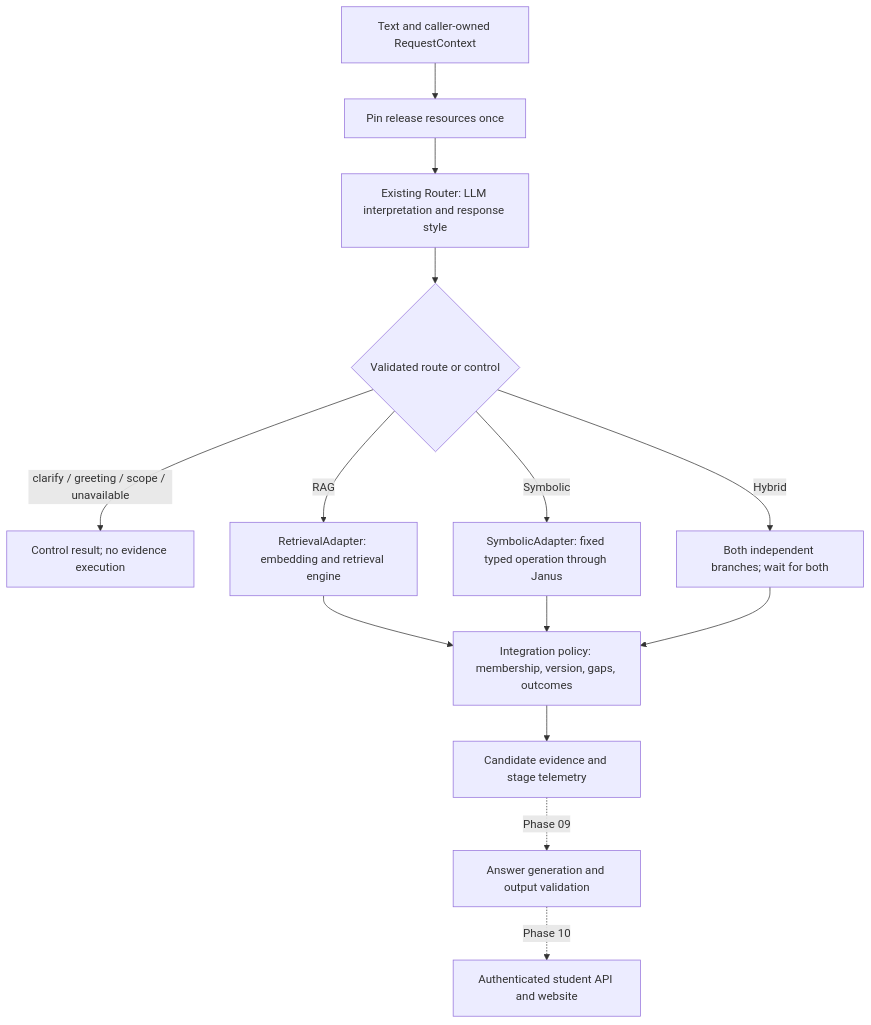
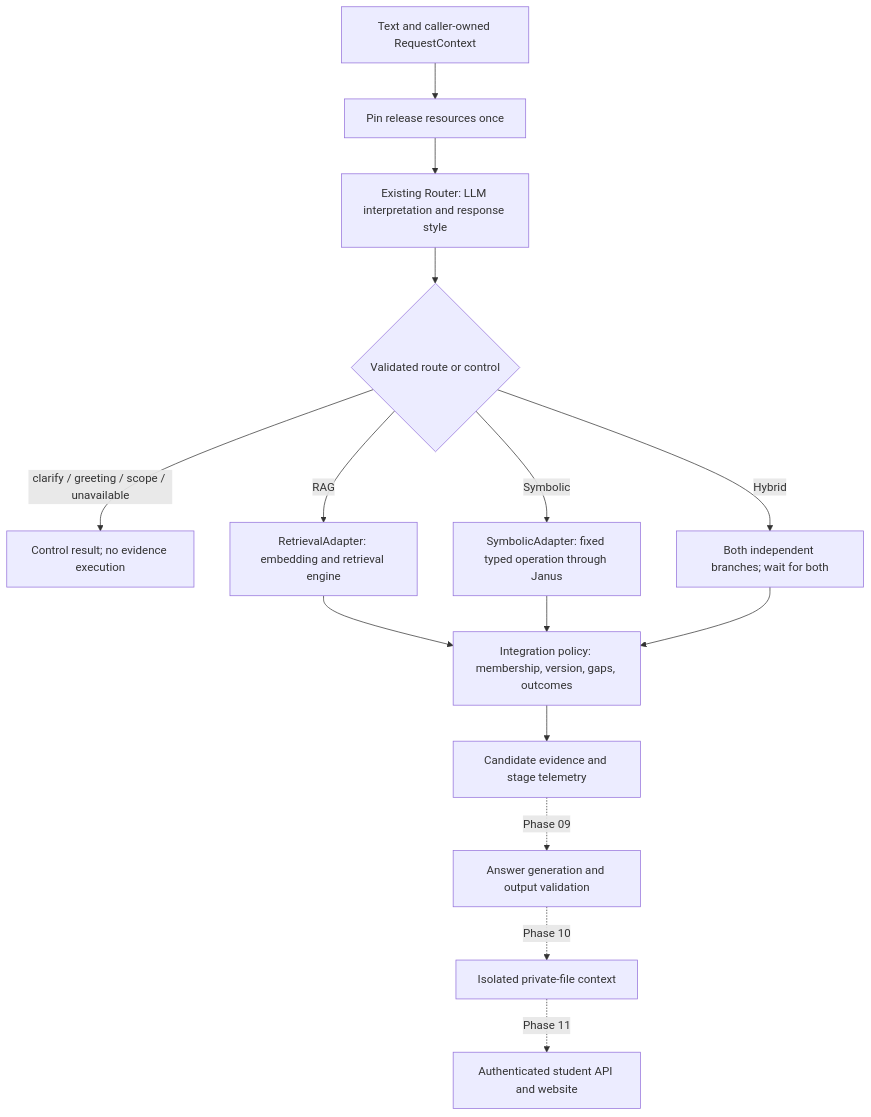
One commit to bintanong420/Bintanong changed the second of 2 diagrams in docs/development/pipelines.md. Above: the diagram before and after it, drawn with Mermaid. The commit also changed 5 other files, not shown here.

Commit message:
docs(architecture): research orchestration and plan phase 09 guards

````diff
--- a/docs/development/pipelines.md
+++ b/docs/development/pipelines.md
@@ -44,16 +44,17 @@
 ```mermaid
 flowchart TD
     Q[Text and caller-owned RequestContext] --> P[Pin release resources once]
     P --> L[Existing Router: LLM interpretation and response style]
     L --> G{Validated route or control}
     G -->|clarify / greeting / scope / unavailable| C[Control result; no evidence execution]
     G -->|RAG| R[RetrievalAdapter: embedding and retrieval engine]
     G -->|Symbolic| S[SymbolicAdapter: fixed typed operation through Janus]
     G -->|Hybrid| H[Both independent branches; wait for both]
     R --> I[Integration policy: membership, version, gaps, outcomes]
     S --> I
     H --> I
     I --> E[Candidate evidence and stage telemetry]
     E -. Phase 09 .-> A[Answer generation and output validation]
-    A -. Phase 10 .-> U[Authenticated student API and website]
+    A -. Phase 10 .-> F[Isolated private-file context]
+    F -. Phase 11 .-> U[Authenticated student API and website]
 ```
````
